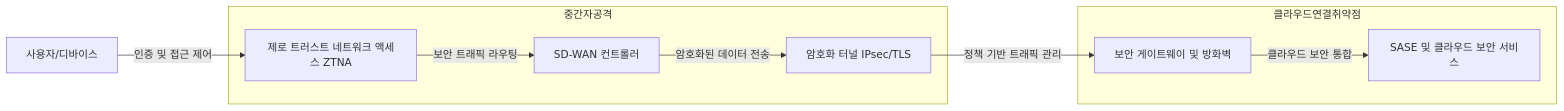
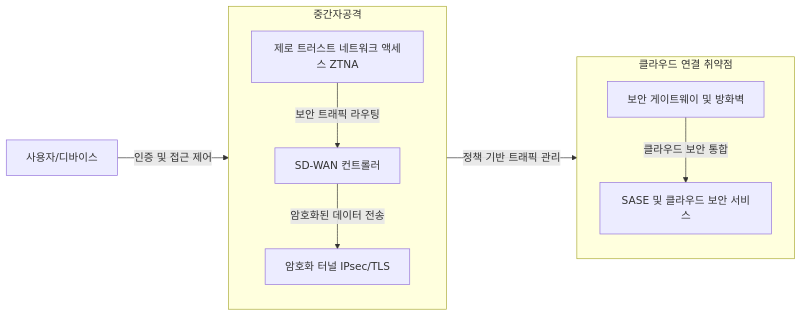
One commit to gracefullight/gracefullight.github.io changed the diagram in blog/pe/sec/sd-wan-security.md. Above: the diagram before and after it, drawn with Mermaid. The commit also changed 29 other files, not shown here.

````diff
--- a/blog/pe/sec/sd-wan-security.md
+++ b/blog/pe/sec/sd-wan-security.md
@@ -20,19 +20,16 @@
 ```mermaid
 graph LR
-  A[사용자/디바이스] -->|인증 및 접근 제어| B[제로 트러스트 네트워크 액세스 ZTNA];
-  B -->|보안 트래픽 라우팅| C[SD-WAN 컨트롤러];
-  C -->|암호화된 데이터 전송| D[암호화 터널 IPsec/TLS];
-  D -->|정책 기반 트래픽 관리| E[보안 게이트웨이 및 방화벽];
-  E -->|클라우드 보안 통합| F[SASE 및 클라우드 보안 서비스];
+  A[사용자/디바이스] -->|인증 및 접근 제어| 중간자공격
 
   subgraph 중간자공격
-    B
-    C
-    D
+    direction TB
+    B[제로 트러스트 네트워크 액세스 ZTNA] -->|보안 트래픽 라우팅| C[SD-WAN 컨트롤러]
+    C -->|암호화된 데이터 전송| D[암호화 터널 IPsec/TLS]
   end
 
-  subgraph 클라우드연결취약점
-    E
-    F
+  중간자공격 --> |정책 기반 트래픽 관리| 클라우드연결취약점
+
+  subgraph 클라우드연결취약점[클라우드 연결 취약점]
+    E[보안 게이트웨이 및 방화벽] -->|클라우드 보안 통합| F[SASE 및 클라우드 보안 서비스]
   end
 ```
````
